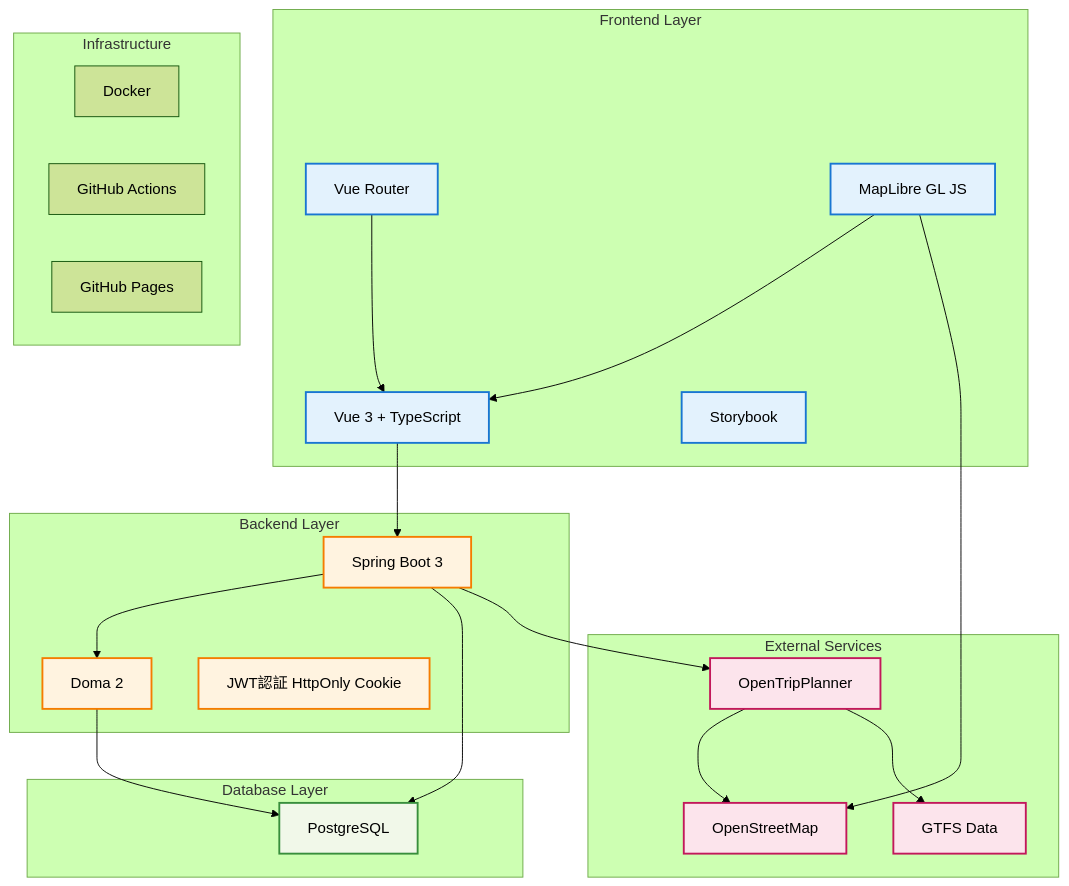
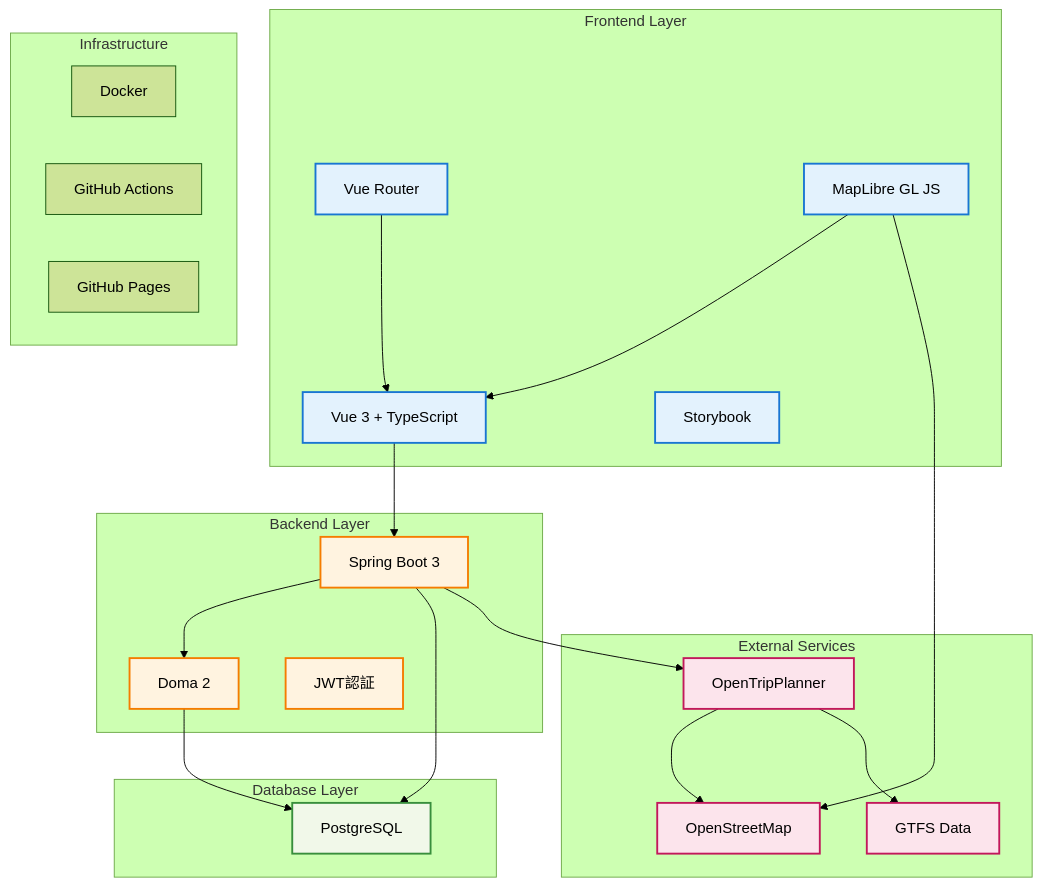
Before and after one commit to taichi0373/kumamoto-henno-map: the diagram in docs/01_overview/tech_stack.md, drawn with Mermaid (forest theme). The commit also changed other lines of this file and 2 other files, not shown here.

````diff
--- a/docs/01_overview/tech_stack.md
+++ b/docs/01_overview/tech_stack.md
@@ -7,52 +5,52 @@
 ```mermaid
 graph TB
     subgraph "Frontend Layer"
         A[Vue 3 + TypeScript]
         B[Vue Router]
         C[MapLibre GL JS]
         D[Storybook]
     end
 
     subgraph "Backend Layer"
         E[Spring Boot 3]
         F[Doma 2]
-        G[JWT認証 HttpOnly Cookie]
+        G[JWT認証]
     end
 
     subgraph "Database Layer"
         H[PostgreSQL]
     end
 
     subgraph "External Services"
         I[OpenTripPlanner]
         J[OpenStreetMap]
         K[GTFS Data]
     end
 
     subgraph "Infrastructure"
         L[Docker]
         M[GitHub Actions]
         N[GitHub Pages]
     end
 
     A --> E
     B --> A
     C --> A
     E --> F
     F --> H
     E --> H
     E --> I
     I --> J
     I --> K
     C --> J
 
     classDef frontend fill:#e3f2fd,stroke:#1976d2,stroke-width:2px
     classDef backend fill:#fff3e0,stroke:#f57c00,stroke-width:2px
     classDef database fill:#f1f8e9,stroke:#388e3c,stroke-width:2px
     classDef external fill:#fce4ec,stroke:#c2185b,stroke-width:2px
 
     class A,B,C,D frontend
     class E,F,G backend
     class H database
     class I,J,K external
 ```
````
